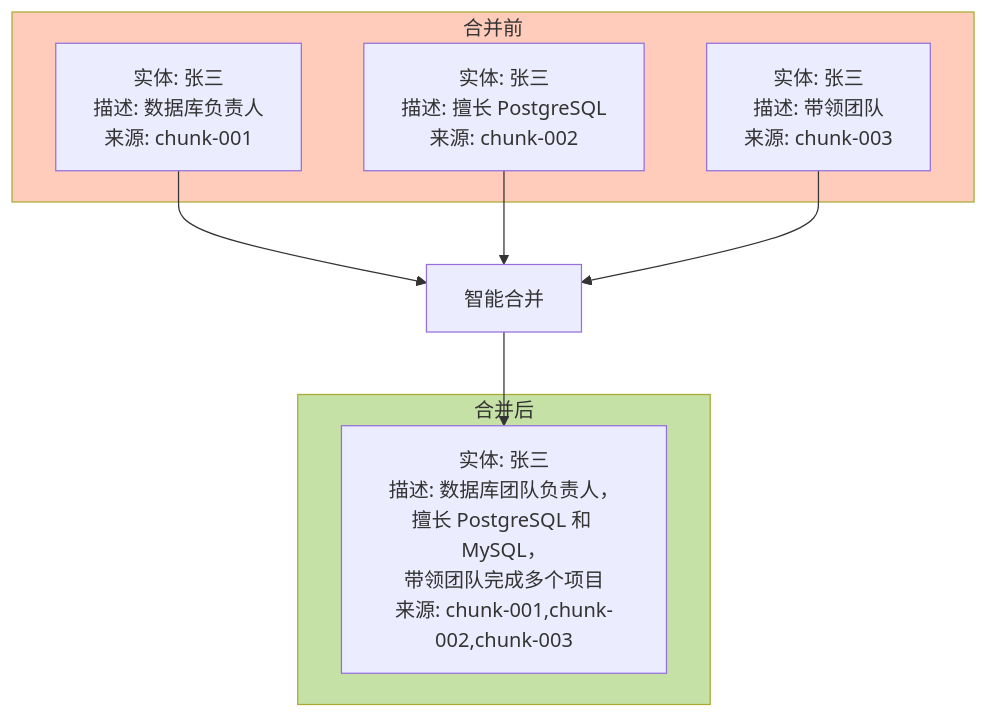
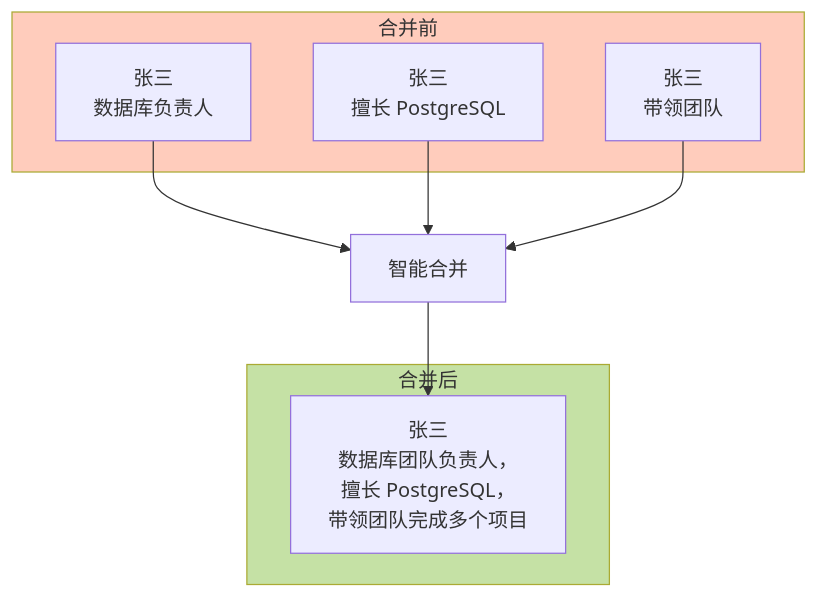
Before and after one commit to apecloud/ApeRAG: the sixth of 14 diagrams in docs/zh-CN/design/graph_index_creation.md, drawn with Mermaid. The commit also changed other lines of this file and 4 other files, not shown here.

````diff
--- a/docs/zh-CN/design/graph_index_creation.md
+++ b/docs/zh-CN/design/graph_index_creation.md
@@ -330,22 +316,22 @@
 ```mermaid
 flowchart TD
     subgraph Before["合并前"]
-        A1["实体: 张三<br/>描述: 数据库负责人<br/>来源: chunk-001"]
-        A2["实体: 张三<br/>描述: 擅长 PostgreSQL<br/>来源: chunk-002"]
-        A3["实体: 张三<br/>描述: 带领团队<br/>来源: chunk-003"]
+        A1["张三<br/>数据库负责人"]
+        A2["张三<br/>擅长 PostgreSQL"]
+        A3["张三<br/>带领团队"]
     end
     
     Merge[智能合并]
     
     subgraph After["合并后"]
-        B1["实体: 张三<br/>描述: 数据库团队负责人，<br/>擅长 PostgreSQL 和 MySQL，<br/>带领团队完成多个项目<br/>来源: chunk-001,chunk-002,chunk-003"]
+        B1["张三<br/>数据库团队负责人，<br/>擅长 PostgreSQL，<br/>带领团队完成多个项目"]
     end
     
     A1 --> Merge
     A2 --> Merge
     A3 --> Merge
     Merge --> B1
     
     style Before fill:#ffccbc
     style After fill:#c5e1a5
 ```
````
